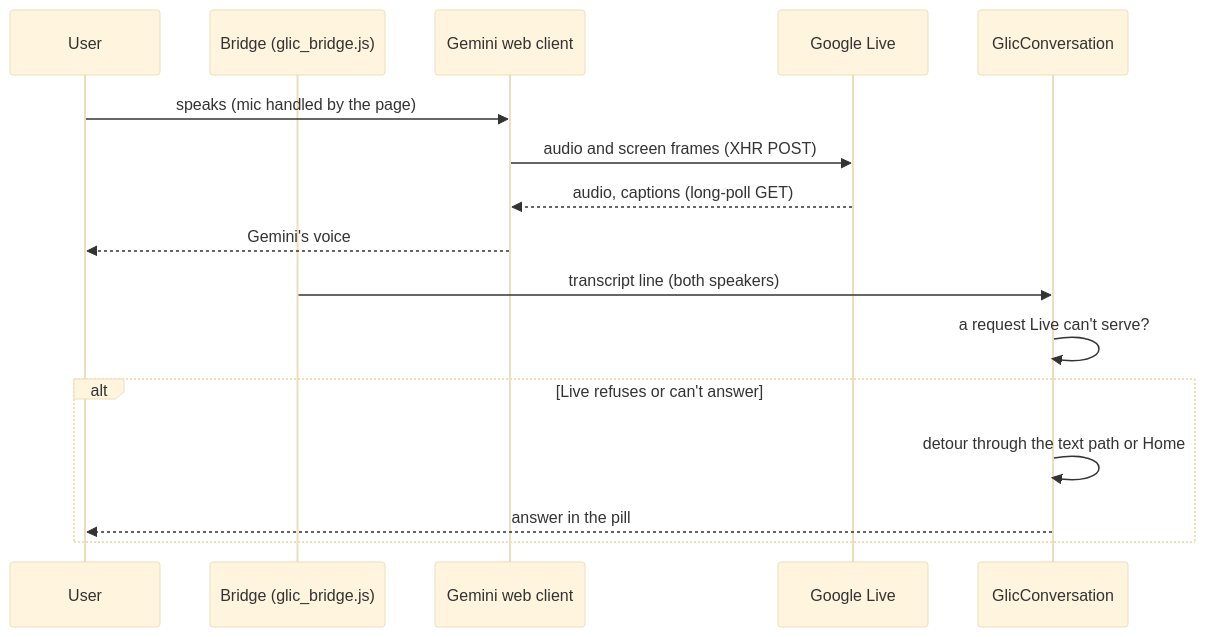
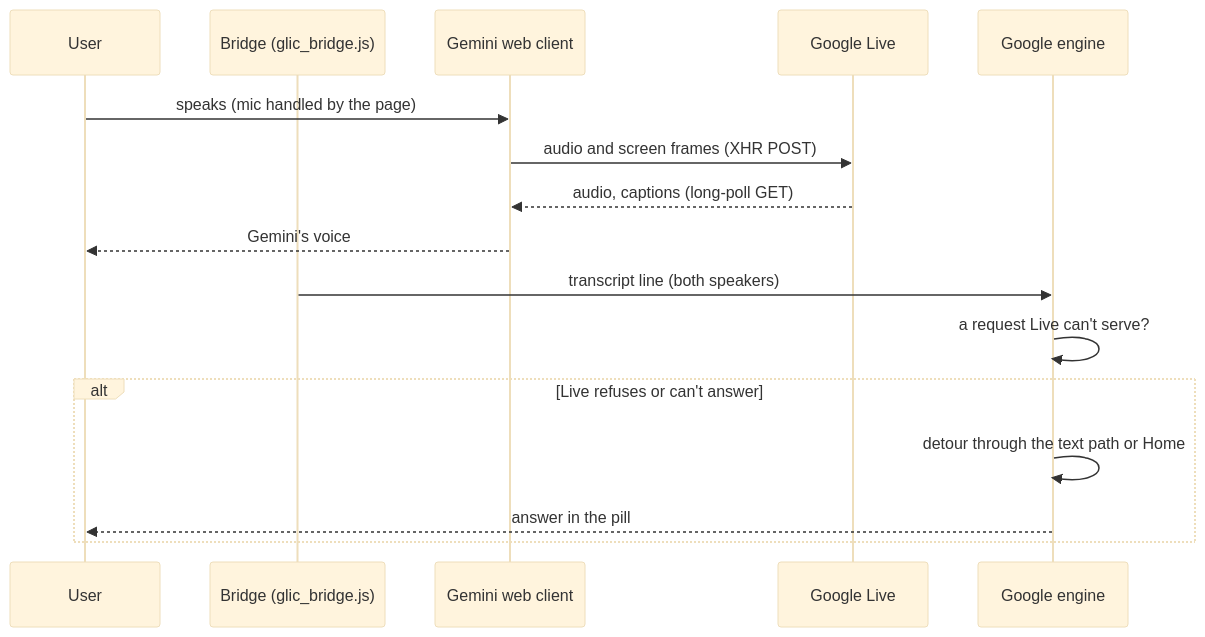
The fourth of 8 diagrams in ARCHITECTURE.md (avi12/gemini-live-for-windows), drawn with Mermaid (base theme) before and after one commit. The commit also changed other lines of this file and 1 other file, not shown here.

````diff
--- a/ARCHITECTURE.md
+++ b/ARCHITECTURE.md
@@ -123,18 +113,18 @@
 ```mermaid
 sequenceDiagram
   participant U as User
   participant B as Bridge (glic_bridge.js)
   participant G as Gemini web client
   participant L as Google Live
-  participant C as GlicConversation
+  participant C as Google engine
   U->>G: speaks (mic handled by the page)
   G->>L: audio and screen frames (XHR POST)
   L-->>G: audio, captions (long-poll GET)
   G-->>U: Gemini's voice
   B->>C: transcript line (both speakers)
   C->>C: a request Live can't serve?
   alt Live refuses or can't answer
     C->>C: detour through the text path or Home
     C-->>U: answer in the pill
   end
 ```
````
